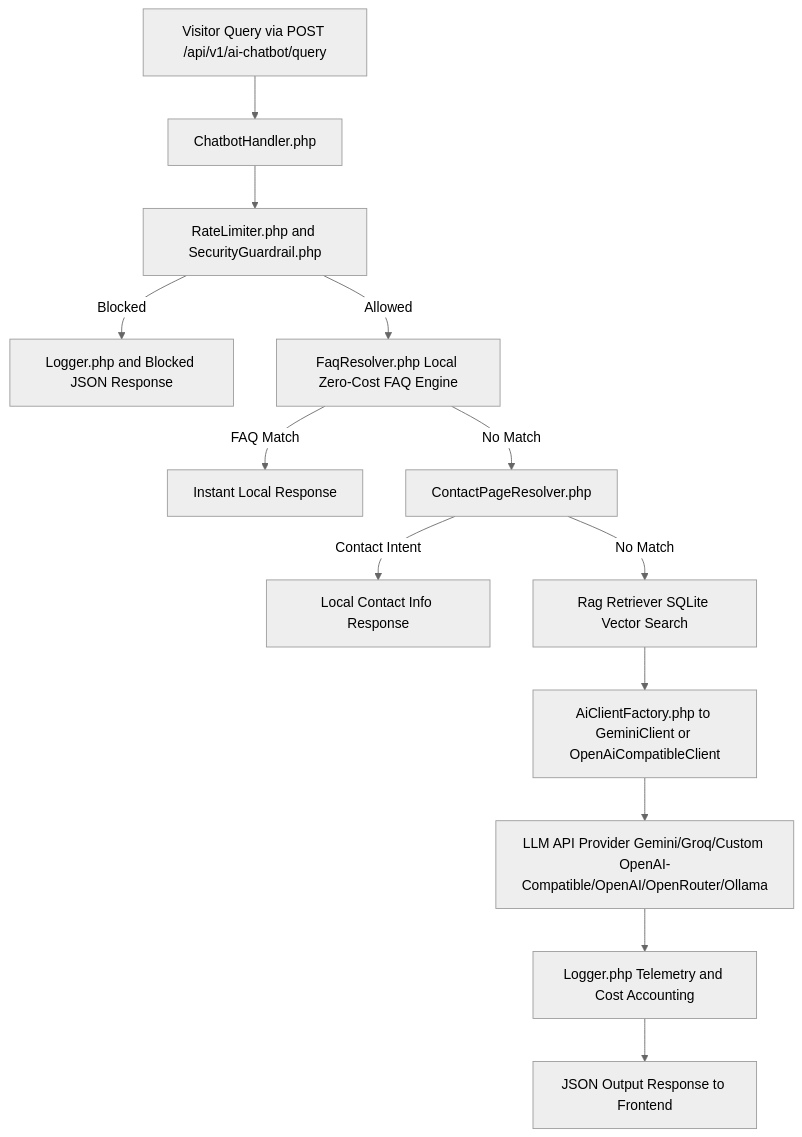
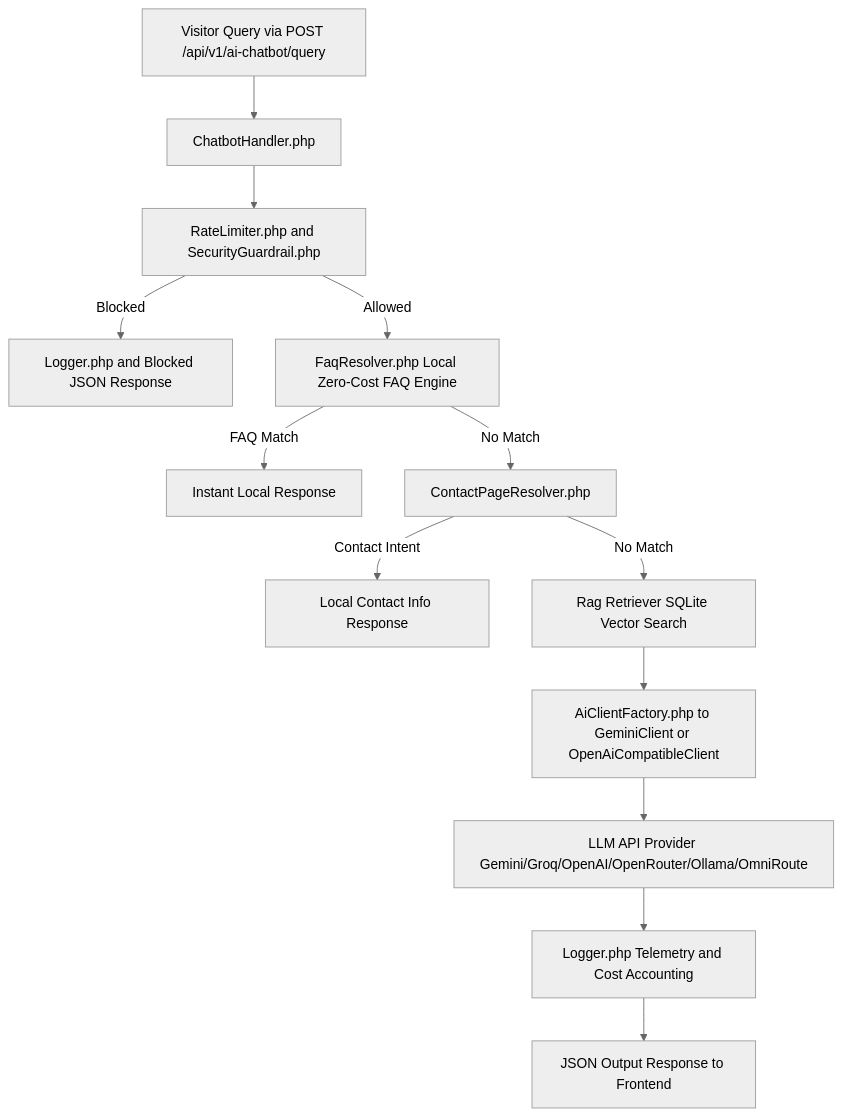
Before and after one commit to milkboyinchina/grav-ai-chatbot: the diagram in DEVELOPER.md, drawn with Mermaid (neutral theme). The commit also changed other lines of this file and 37 other files, not shown here.

````diff
--- a/DEVELOPER.md
+++ b/DEVELOPER.md
@@ -9,15 +9,15 @@
 ```mermaid
 graph TD
     A[Visitor Query via POST /api/v1/ai-chatbot/query] --> B[ChatbotHandler.php]
     B --> C[RateLimiter.php and SecurityGuardrail.php]
     C -->|Blocked| D[Logger.php and Blocked JSON Response]
     C -->|Allowed| E[FaqResolver.php Local Zero-Cost FAQ Engine]
     E -->|FAQ Match| F[Instant Local Response]
     E -->|No Match| E2[ContactPageResolver.php]
     E2 -->|Contact Intent| F2[Local Contact Info Response]
     E2 -->|No Match| G[Rag Retriever SQLite Vector Search]
     G --> H[AiClientFactory.php to GeminiClient or OpenAiCompatibleClient]
-    H --> I[LLM API Provider Gemini/Groq/Custom OpenAI-Compatible/OpenAI/OpenRouter/Ollama]
+    H --> I[LLM API Provider Gemini/Groq/OpenAI/OpenRouter/Ollama/OmniRoute]
     I --> J[Logger.php Telemetry and Cost Accounting]
     J --> K[JSON Output Response to Frontend]
 ```
````
